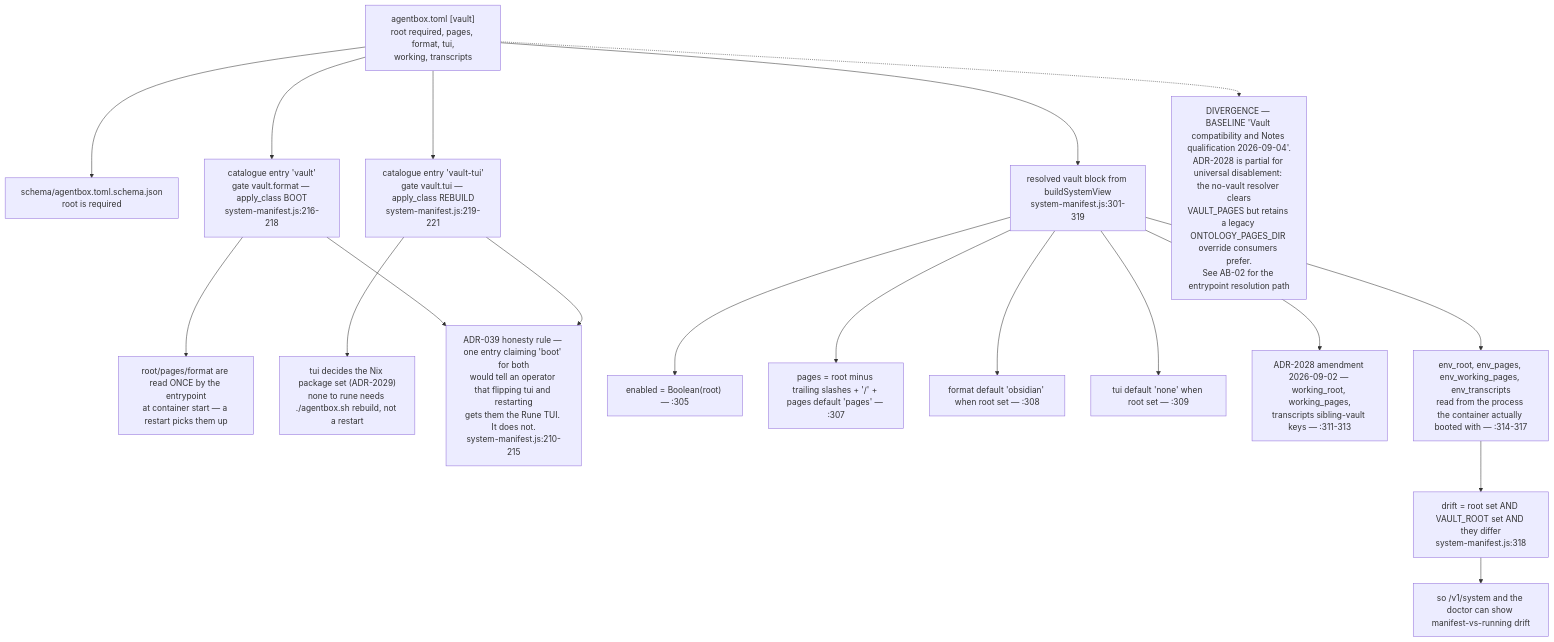
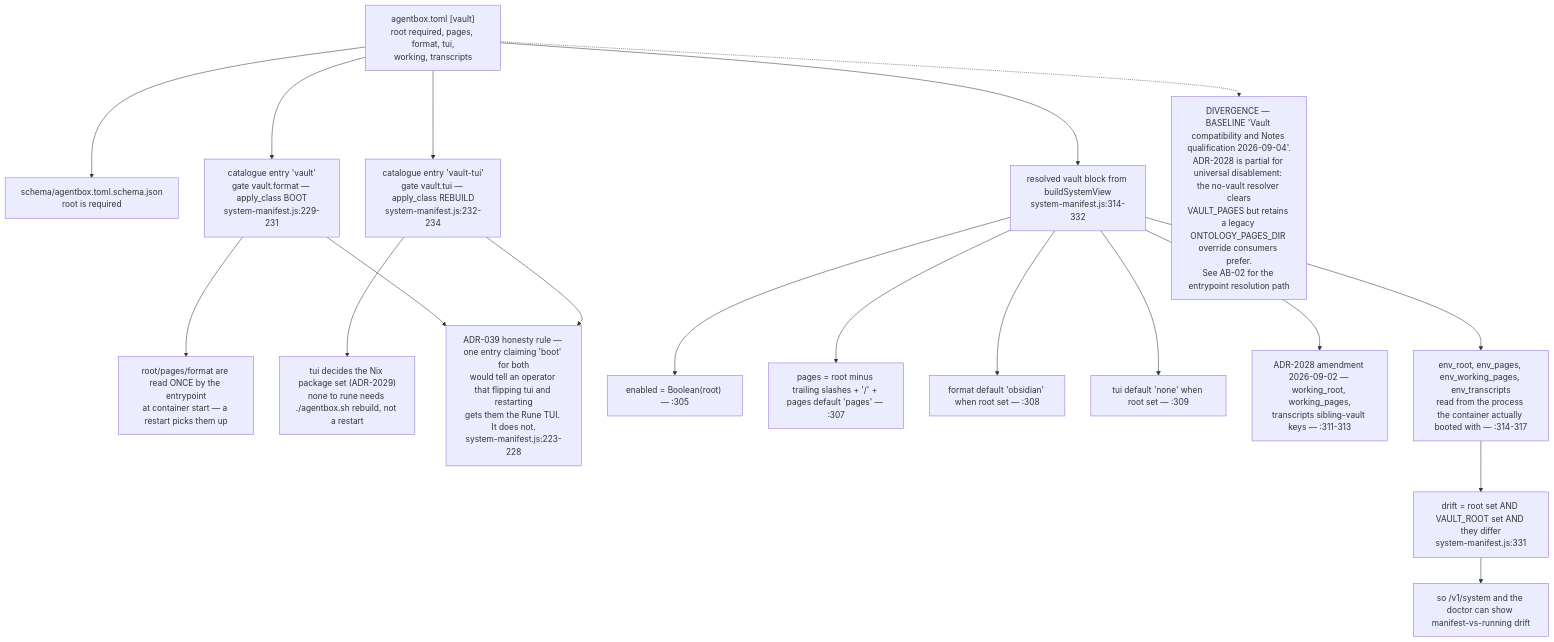
Before and after one commit to DreamLab-AI/AR-AI-Knowledge-Graph: the fourth of 10 diagrams in docs/diagrams/agentbox/05-manifest-gates-and-cli.md, drawn with Mermaid. The commit also changed other lines of this file and 73 other files, not shown here.

First line of the commit message:
docs(diagrams): re-verify all 71 topic files against HEAD; add --cite-check

````diff
--- a/docs/diagrams/agentbox/05-manifest-gates-and-cli.md
+++ b/docs/diagrams/agentbox/05-manifest-gates-and-cli.md
@@ -112,20 +112,20 @@
 ```mermaid
 flowchart TD
     TOML["agentbox.toml [vault]<br/>root required, pages, format, tui,<br/>working, transcripts"] --> SCHEMA["schema/agentbox.toml.schema.json<br/>root is required"]
-    TOML --> E1["catalogue entry 'vault'<br/>gate vault.format — apply_class BOOT<br/>system-manifest.js:216-218"]
-    TOML --> E2["catalogue entry 'vault-tui'<br/>gate vault.tui — apply_class REBUILD<br/>system-manifest.js:219-221"]
+    TOML --> E1["catalogue entry 'vault'<br/>gate vault.format — apply_class BOOT<br/>system-manifest.js:229-231"]
+    TOML --> E2["catalogue entry 'vault-tui'<br/>gate vault.tui — apply_class REBUILD<br/>system-manifest.js:232-234"]
     E1 --> WHY1["root/pages/format are read ONCE by the entrypoint<br/>at container start — a restart picks them up"]
     E2 --> WHY2["tui decides the Nix package set (ADR-2029)<br/>none to rune needs ./agentbox.sh rebuild, not a restart"]
-    E1 --> SPLIT["ADR-039 honesty rule — one entry claiming 'boot' for both<br/>would tell an operator that flipping tui and restarting<br/>gets them the Rune TUI. It does not.<br/>system-manifest.js:210-215"]
+    E1 --> SPLIT["ADR-039 honesty rule — one entry claiming 'boot' for both<br/>would tell an operator that flipping tui and restarting<br/>gets them the Rune TUI. It does not.<br/>system-manifest.js:223-228"]
     E2 --> SPLIT
-    TOML --> VB["resolved vault block from buildSystemView<br/>system-manifest.js:301-319"]
+    TOML --> VB["resolved vault block from buildSystemView<br/>system-manifest.js:314-332"]
     VB --> VB1["enabled = Boolean(root) — :305"]
     VB --> VB2["pages = root minus trailing slashes + '/' + pages default 'pages' — :307"]
     VB --> VB3["format default 'obsidian' when root set — :308"]
     VB --> VB4["tui default 'none' when root set — :309"]
     VB --> VB5["ADR-2028 amendment 2026-09-02 — working_root, working_pages,<br/>transcripts sibling-vault keys — :311-313"]
     VB --> VB6["env_root, env_pages, env_working_pages, env_transcripts<br/>read from the process the container actually booted with — :314-317"]
-    VB6 --> DRIFT["drift = root set AND VAULT_ROOT set AND they differ<br/>system-manifest.js:318"]
+    VB6 --> DRIFT["drift = root set AND VAULT_ROOT set AND they differ<br/>system-manifest.js:331"]
     DRIFT --> DOC["so /v1/system and the doctor can show manifest-vs-running drift"]
     TOML -.-> DIV["DIVERGENCE — BASELINE 'Vault compatibility and Notes qualification 2026-09-04'.<br/>ADR-2028 is partial for universal disablement: the no-vault resolver clears<br/>VAULT_PAGES but retains a legacy ONTOLOGY_PAGES_DIR override consumers prefer.<br/>See AB-02 for the entrypoint resolution path"]
 ```
````
